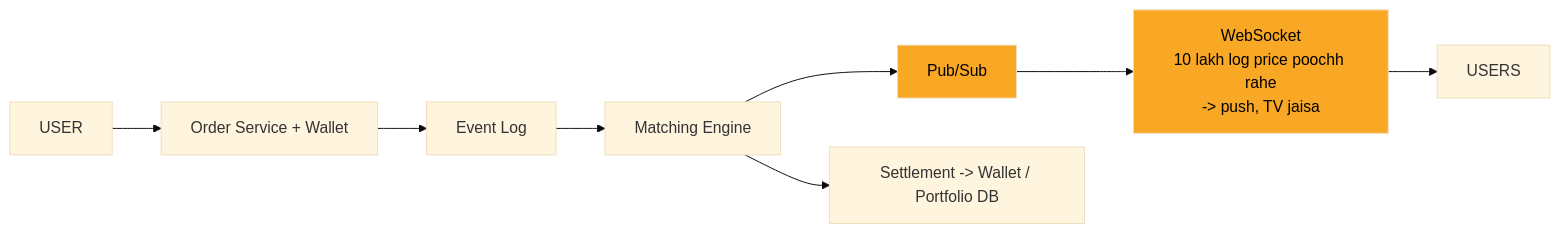
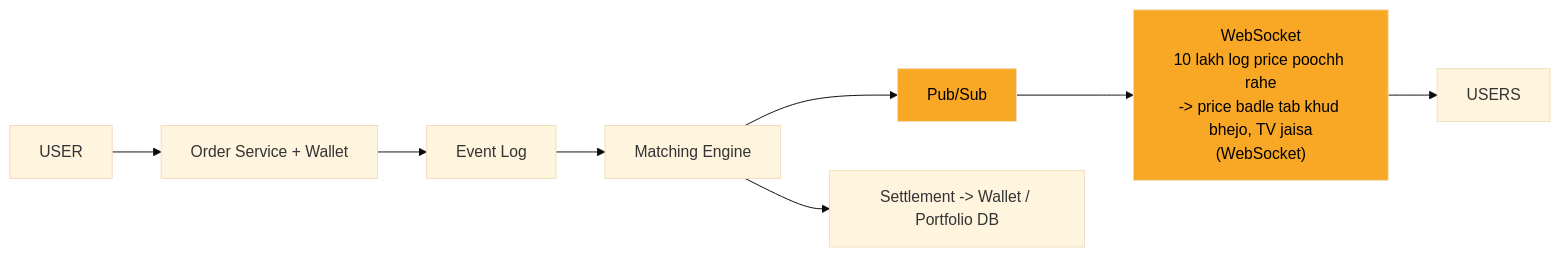
Before and after one commit to ArpanMaheshwari144/Prep: the ninth of 10 diagrams in 04_HLD/SYSTEM_DESIGNS/05_stock_broker_trading/05_stock_broker_trading.md, drawn with Mermaid (base theme). The commit also changed other lines of this file and 13 other files, not shown here.

````diff
--- a/04_HLD/SYSTEM_DESIGNS/05_stock_broker_trading/05_stock_broker_trading.md
+++ b/04_HLD/SYSTEM_DESIGNS/05_stock_broker_trading/05_stock_broker_trading.md
@@ -322,20 +323,20 @@
 ```mermaid
 flowchart LR
     n_USER["USER"]
     n_OW["Order Service + Wallet"]
     n_Event_Log["Event Log"]
     n_Matching_Engine["Matching Engine"]
     n_Pub_Sub["Pub/Sub"]
-    n_WebSocket["WebSocket<br/>10 lakh log price poochh rahe<br/>-> push, TV jaisa"]
+    n_WebSocket["WebSocket<br/>10 lakh log price poochh rahe<br/>-> price badle tab khud bhejo, TV jaisa<br/>(WebSocket)"]
     n_USERS["USERS"]
     n_SET["Settlement -> Wallet / Portfolio DB"]
     n_USER --> n_OW
     n_OW --> n_Event_Log
     n_Event_Log --> n_Matching_Engine
     n_Matching_Engine --> n_SET
     n_Matching_Engine --> n_Pub_Sub
     n_Pub_Sub --> n_WebSocket
     n_WebSocket --> n_USERS
     style n_Pub_Sub fill:#f9a825,color:#000
     style n_WebSocket fill:#f9a825,color:#000
 ```
````
